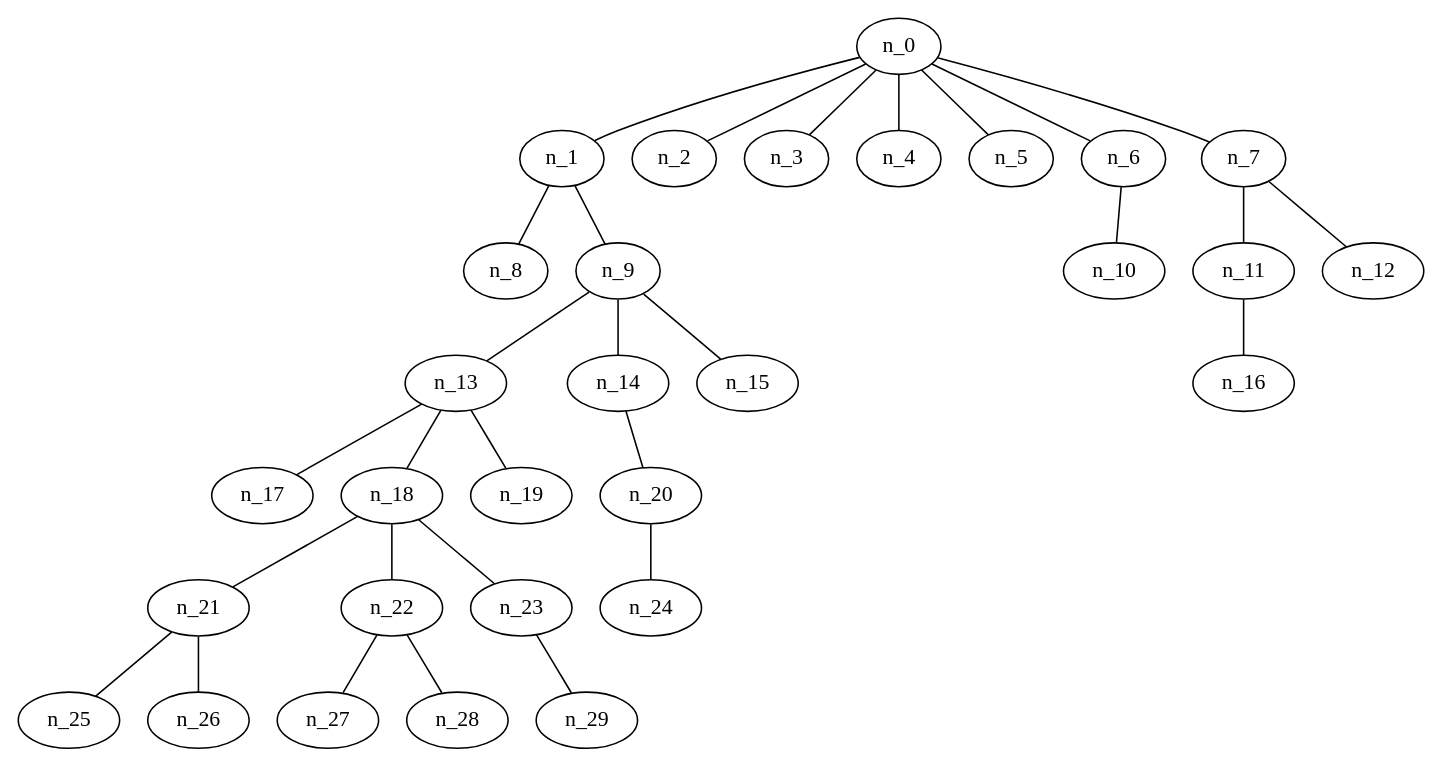
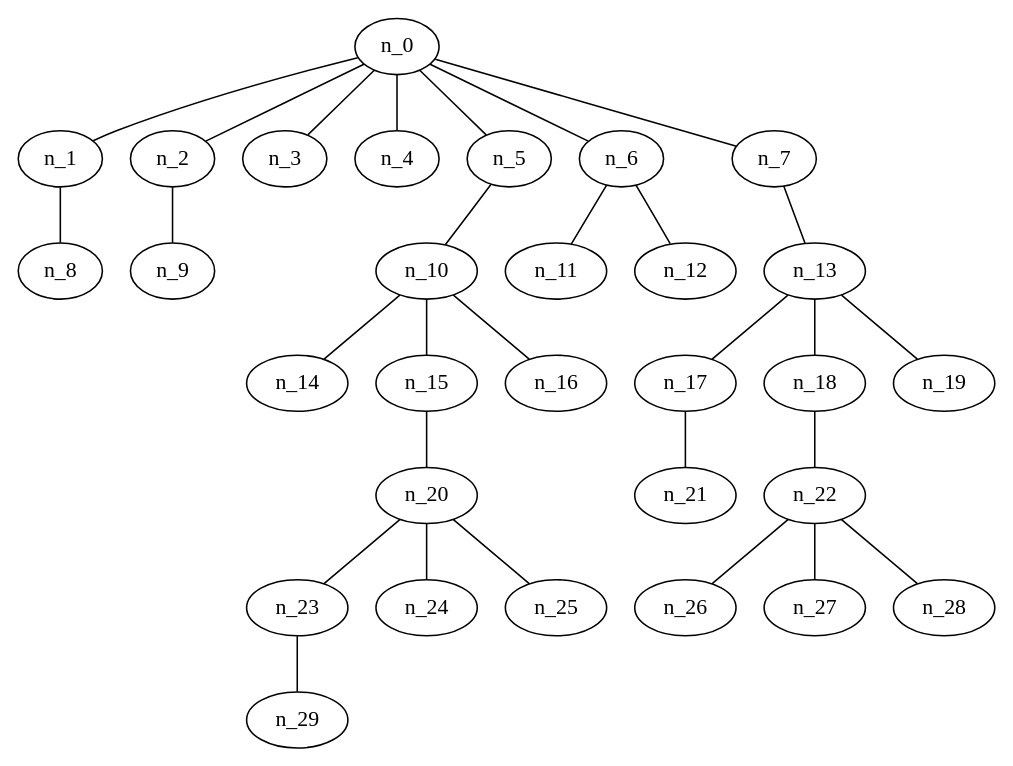
Before and after one commit to AkatzinBH/DAA: the diagram in Proyecto2/30 Nodos/Barabasi/grafoBarabasi_30_7_BFS.gv, drawn with Graphviz. The commit also changed 3 other files, not shown here.

```diff
--- a/Proyecto2/30 Nodos/Barabasi/grafoBarabasi_30_7_BFS.gv
+++ b/Proyecto2/30 Nodos/Barabasi/grafoBarabasi_30_7_BFS.gv
@@ -1,61 +1,61 @@
 graph grafoBarabasi_30_7_BFS  {
 n_0;
 n_1;
 n_2;
 n_3;
 n_4;
 n_5;
 n_6;
 n_7;
 n_8;
 n_9;
 n_10;
 n_11;
 n_12;
 n_13;
 n_14;
 n_15;
 n_16;
 n_17;
 n_18;
 n_19;
 n_20;
 n_21;
 n_22;
 n_23;
 n_24;
 n_25;
 n_26;
 n_27;
 n_28;
 n_29;
 n_0 -- n_1;
 n_0 -- n_2;
 n_0 -- n_3;
 n_0 -- n_4;
 n_0 -- n_5;
 n_0 -- n_6;
 n_0 -- n_7;
 n_1 -- n_8;
-n_1 -- n_9;
-n_6 -- n_10;
-n_7 -- n_11;
-n_7 -- n_12;
-n_9 -- n_13;
-n_9 -- n_14;
-n_9 -- n_15;
-n_11 -- n_16;
+n_2 -- n_9;
+n_5 -- n_10;
+n_6 -- n_11;
+n_6 -- n_12;
+n_7 -- n_13;
+n_10 -- n_14;
+n_10 -- n_15;
+n_10 -- n_16;
 n_13 -- n_17;
 n_13 -- n_18;
 n_13 -- n_19;
-n_14 -- n_20;
-n_18 -- n_21;
+n_15 -- n_20;
+n_17 -- n_21;
 n_18 -- n_22;
-n_18 -- n_23;
+n_20 -- n_23;
 n_20 -- n_24;
-n_21 -- n_25;
-n_21 -- n_26;
+n_20 -- n_25;
+n_22 -- n_26;
 n_22 -- n_27;
 n_22 -- n_28;
 n_23 -- n_29;
 }
```
